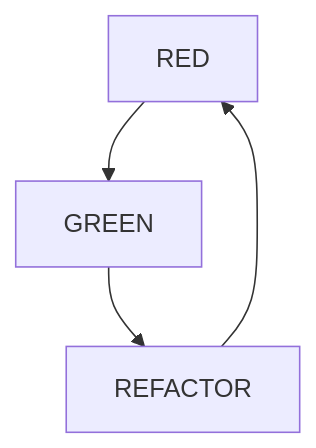
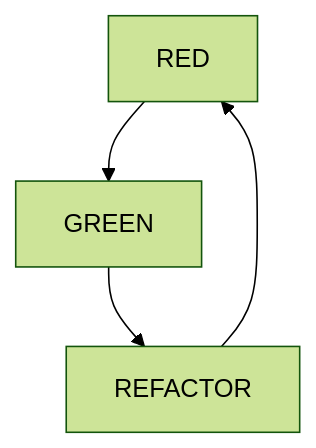
One commit to segin-GH/TDD-4-Embedded changed the diagram in README.md. Above: the diagram before and after it, drawn with Mermaid.

````diff
--- a/README.md
+++ b/README.md
@@ -11,7 +11,7 @@
 ```mermaid
 
-%%{init: {'theme': 'default', "flowchart" : { "curve" : "basis" } } }%%
+%%{init: {'theme': 'forest', "flowchart" : { "curve" : "basis" } } }%%
 
 graph TD;
 RED-->GREEN-->REFACTOR-->RED
 ```
````
